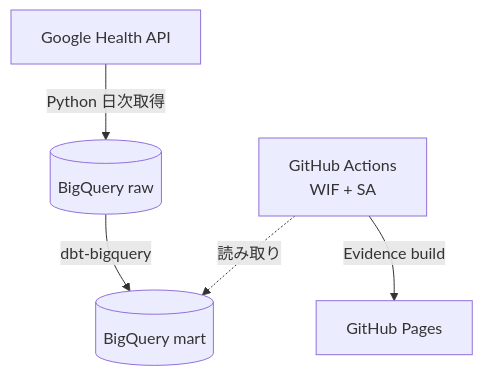
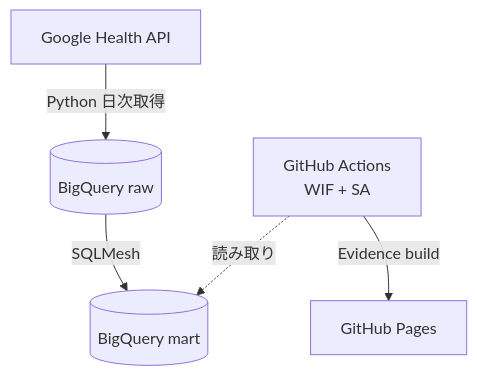
One commit to marufeuille/pluse-board changed the diagram in README.md. Above: the diagram before and after it, drawn with Mermaid. The commit also changed other lines of this file and 17 other files, not shown here.

````diff
--- a/README.md
+++ b/README.md
@@ -10,13 +10,13 @@
 ```mermaid
 flowchart TD
     GH[Google Health API]
     Raw[(BigQuery raw)]
     Mart[(BigQuery mart)]
     GA[GitHub Actions<br/>WIF + SA]
     Pages[GitHub Pages]
 
     GH -->|Python 日次取得| Raw
-    Raw -->|dbt-bigquery| Mart
+    Raw -->|SQLMesh| Mart
     GA -.読み取り.-> Mart
     GA -->|Evidence build| Pages
 ```
````
